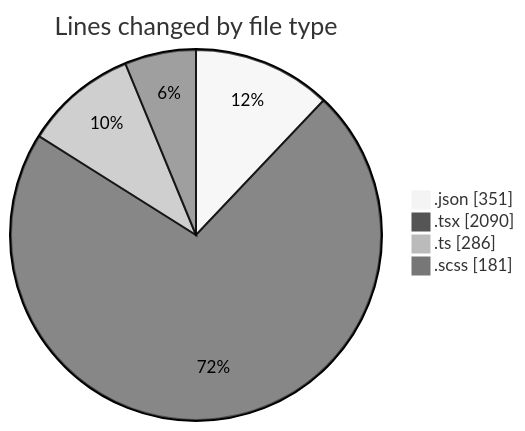
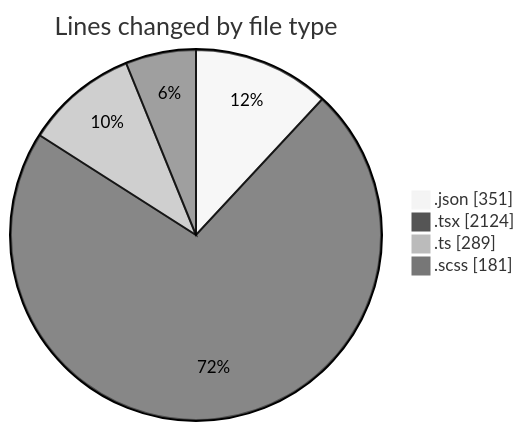
Before and after one commit to momahboobian/code-tracking: the first of 2 diagrams in 2026-04-22/cda/README.md, drawn with Mermaid (neutral theme). The commit also changed other lines of this file and 1 other file, not shown here.

````diff
--- a/2026-04-22/cda/README.md
+++ b/2026-04-22/cda/README.md
@@ -41,8 +42,8 @@
 ```mermaid
 pie showData
 title Lines changed by file type
 ".json" : 351
-".tsx" : 2090
-".ts" : 286
+".tsx" : 2124
+".ts" : 289
 ".scss" : 181
 ```
````
